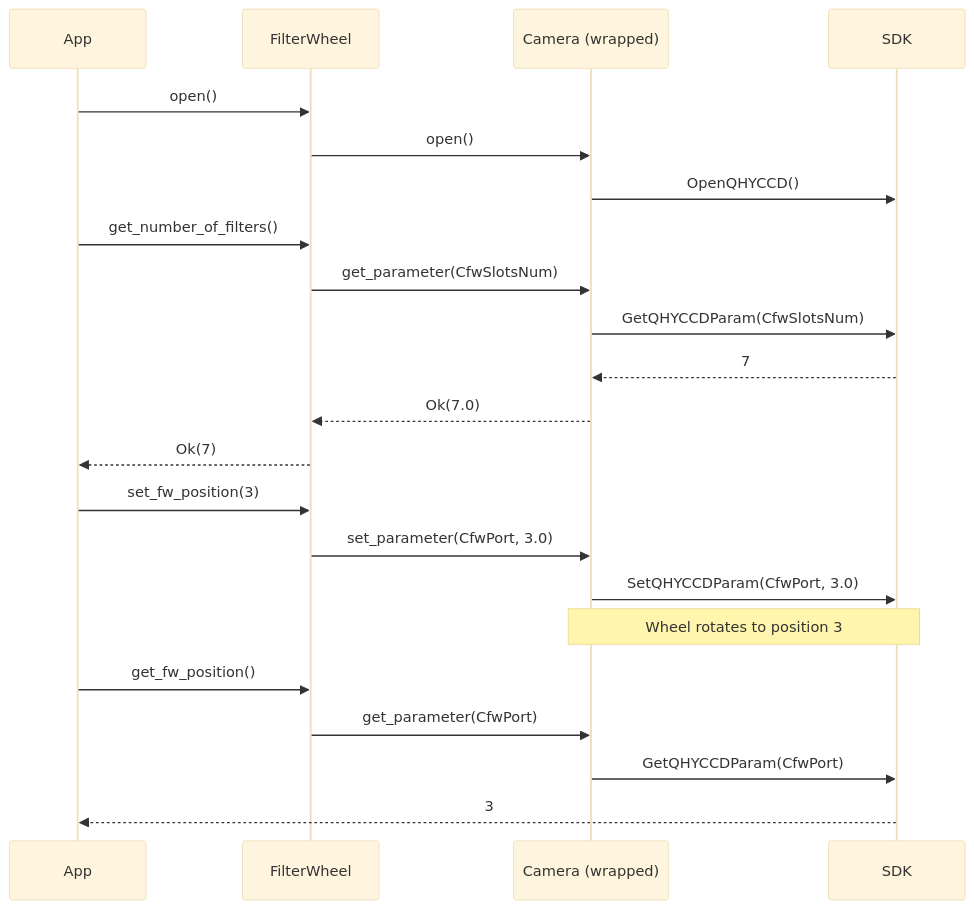
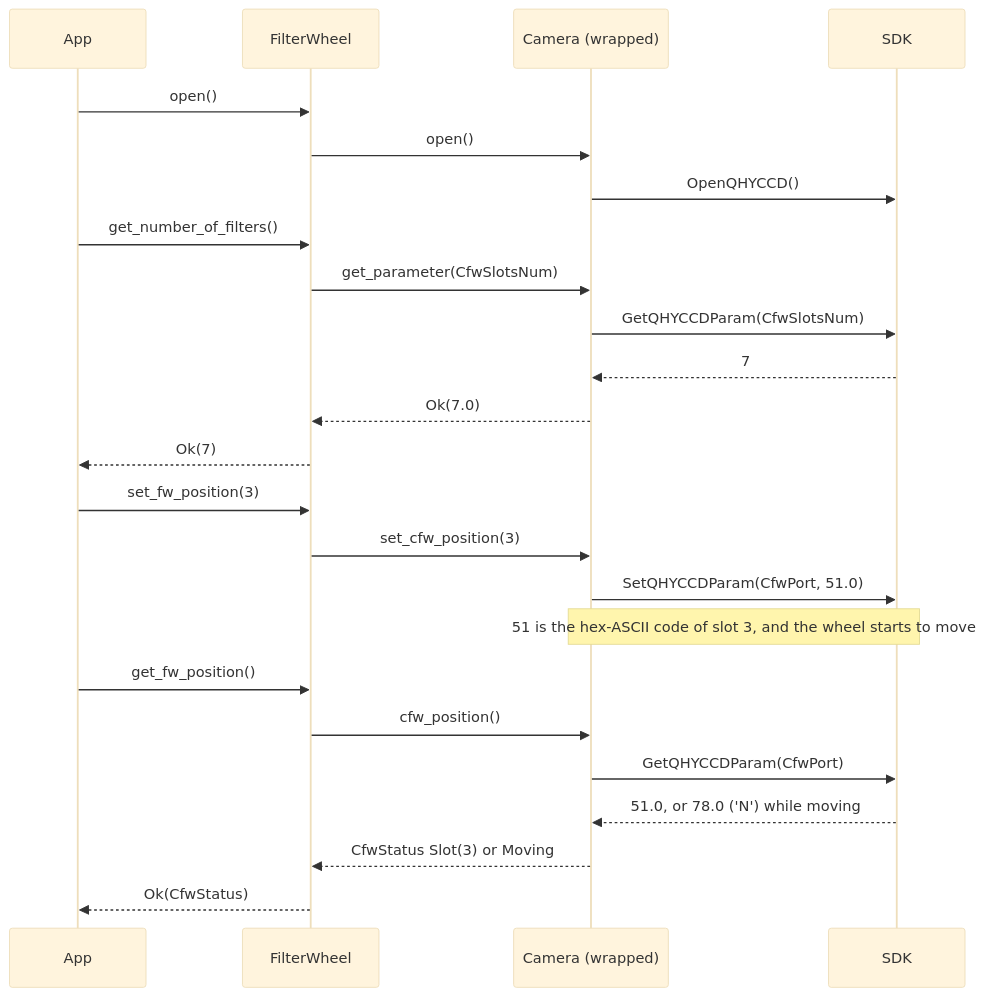
The eighth of 19 diagrams in crates/qhyccd-rs/docs/qhyccd-rs.md (rusty-photon/rusty-photon), drawn with Mermaid (base theme) before and after one commit. The commit also changed other lines of this file and 159 other files, not shown here.

````diff
--- a/crates/qhyccd-rs/docs/qhyccd-rs.md
+++ b/crates/qhyccd-rs/docs/qhyccd-rs.md
@@ -323,28 +322,30 @@
 ```mermaid
 sequenceDiagram
     participant App
     participant FW as FilterWheel
     participant Cam as Camera (wrapped)
     participant SDK
 
     App->>FW: open()
     FW->>Cam: open()
     Cam->>SDK: OpenQHYCCD()
 
     App->>FW: get_number_of_filters()
     FW->>Cam: get_parameter(CfwSlotsNum)
     Cam->>SDK: GetQHYCCDParam(CfwSlotsNum)
     SDK-->>Cam: 7
     Cam-->>FW: Ok(7.0)
     FW-->>App: Ok(7)
 
     App->>FW: set_fw_position(3)
-    FW->>Cam: set_parameter(CfwPort, 3.0)
-    Cam->>SDK: SetQHYCCDParam(CfwPort, 3.0)
-    Note over Cam,SDK: Wheel rotates to position 3
+    FW->>Cam: set_cfw_position(3)
+    Cam->>SDK: SetQHYCCDParam(CfwPort, 51.0)
+    Note over Cam,SDK: 51 is the hex-ASCII code of slot 3, and the wheel starts to move
 
     App->>FW: get_fw_position()
-    FW->>Cam: get_parameter(CfwPort)
+    FW->>Cam: cfw_position()
     Cam->>SDK: GetQHYCCDParam(CfwPort)
-    SDK-->>App: 3
+    SDK-->>Cam: 51.0, or 78.0 ('N') while moving
+    Cam-->>FW: CfwStatus Slot(3) or Moving
+    FW-->>App: Ok(CfwStatus)
 ```
````
